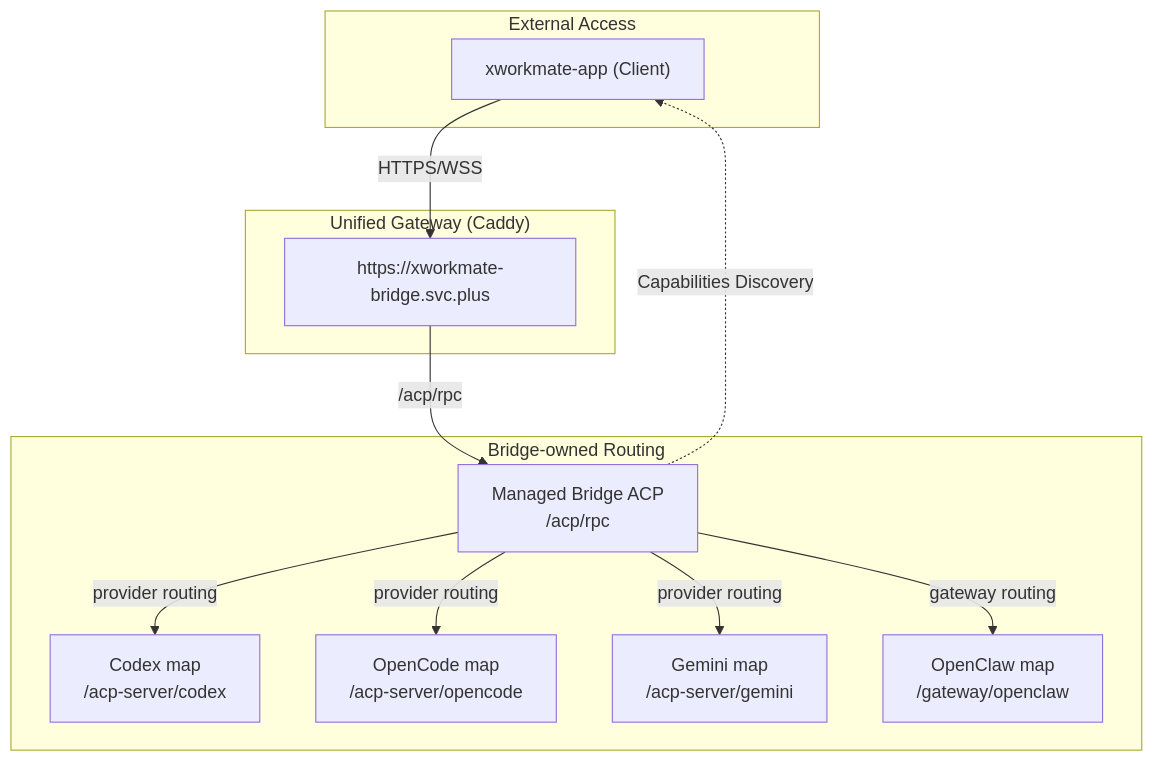
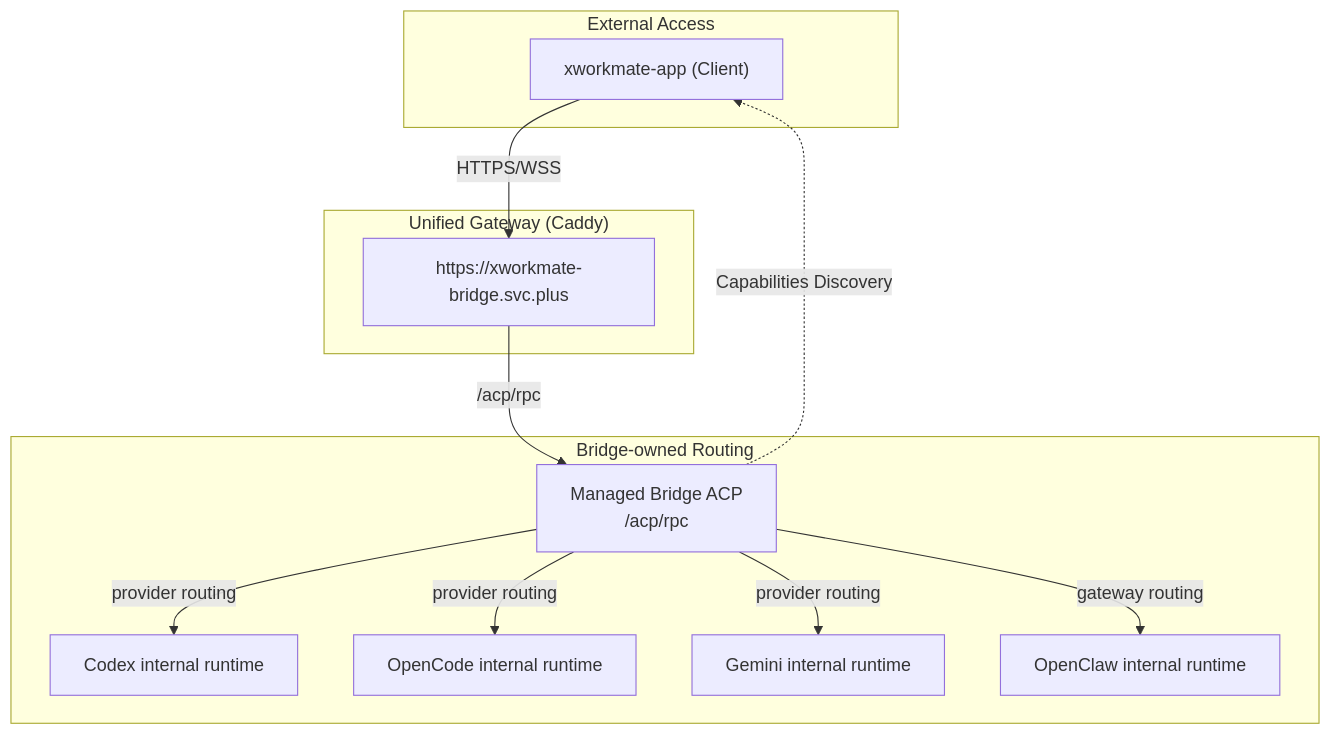
The diagram in docs/architecture/unified-routing-architecture.md (ai-workspace-lab/xworkmate-app), drawn with Mermaid before and after one commit. The commit also changed other lines of this file and 6 other files, not shown here.

````diff
--- a/docs/architecture/unified-routing-architecture.md
+++ b/docs/architecture/unified-routing-architecture.md
@@ -7,30 +7,30 @@
 ```mermaid
 graph TD
     subgraph "External Access"
         Client["xworkmate-app (Client)"]
     end
 
     subgraph "Unified Gateway (Caddy)"
         Bridge_Domain["https://xworkmate-bridge.svc.plus"]
     end
 
     subgraph "Bridge-owned Routing"
         ManagedBridge["Managed Bridge ACP<br/>/acp/rpc"]
-        CodexProvider["Codex map<br/>/acp-server/codex"]
-        OpenCodeProvider["OpenCode map<br/>/acp-server/opencode"]
-        GeminiAdapter["Gemini map<br/>/acp-server/gemini"]
-        OpenClawGateway["OpenClaw map<br/>/gateway/openclaw"]
+        CodexProvider["Codex internal runtime"]
+        OpenCodeProvider["OpenCode internal runtime"]
+        GeminiAdapter["Gemini internal runtime"]
+        OpenClawGateway["OpenClaw internal runtime"]
     end
 
     %% Routing Rules
     Client -->|HTTPS/WSS| Bridge_Domain
 
     Bridge_Domain -->|/acp/rpc| ManagedBridge
     ManagedBridge -->|provider routing| CodexProvider
     ManagedBridge -->|provider routing| OpenCodeProvider
     ManagedBridge -->|provider routing| GeminiAdapter
     ManagedBridge -->|gateway routing| OpenClawGateway
 
     %% Service Connections
     ManagedBridge -.->|Capabilities Discovery| Client
 ```
````
